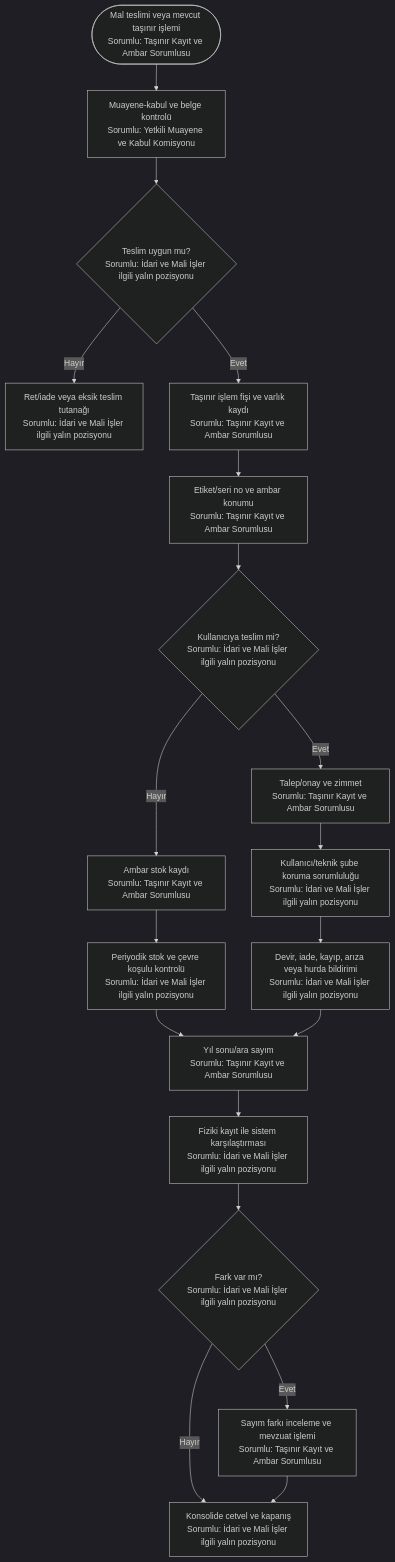
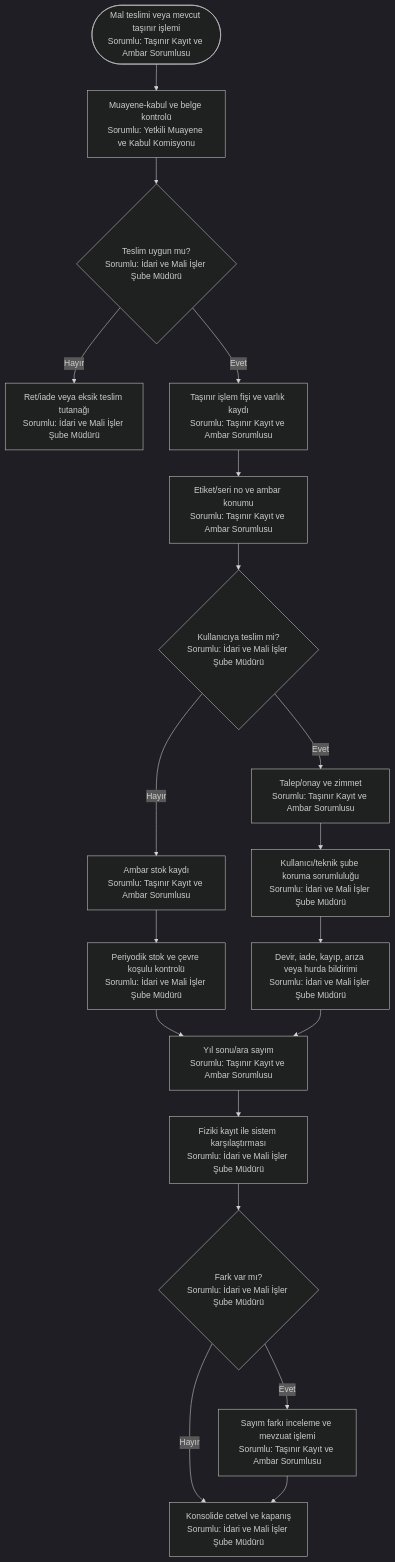
One commit to merdaergen-create/Ulasim_Dairesi_Is_Analizi changed the fifth of 6 diagrams in 11_yalin_surec_haritalari_sorumlulari_belirtilmis/idari_isler/README.md. Above: the diagram before and after it, drawn with Mermaid (dark theme). The commit also changed other lines of this file and 9 other files, not shown here.

Commit message:
Yalın süreç haritalarını koruyarak kesin sorumlu pozisyonları ekle

````diff
--- a/11_yalin_surec_haritalari_sorumlulari_belirtilmis/idari_isler/README.md
+++ b/11_yalin_surec_haritalari_sorumlulari_belirtilmis/idari_isler/README.md
@@ -147,21 +147,21 @@
 ```mermaid
 flowchart TD
     A([Mal teslimi veya mevcut taşınır işlemi<br/>Sorumlu: Taşınır Kayıt ve Ambar Sorumlusu]) --> B[Muayene-kabul ve belge kontrolü<br/>Sorumlu: Yetkili Muayene ve Kabul Komisyonu]
-    B --> C{Teslim uygun mu?<br/>Sorumlu: İdari ve Mali İşler ilgili yalın pozisyonu}
-    C -- Hayır --> D[Ret/iade veya eksik teslim tutanağı<br/>Sorumlu: İdari ve Mali İşler ilgili yalın pozisyonu]
+    B --> C{Teslim uygun mu?<br/>Sorumlu: İdari ve Mali İşler Şube Müdürü}
+    C -- Hayır --> D[Ret/iade veya eksik teslim tutanağı<br/>Sorumlu: İdari ve Mali İşler Şube Müdürü]
     C -- Evet --> E[Taşınır işlem fişi ve varlık kaydı<br/>Sorumlu: Taşınır Kayıt ve Ambar Sorumlusu]
     E --> F[Etiket/seri no ve ambar konumu<br/>Sorumlu: Taşınır Kayıt ve Ambar Sorumlusu]
-    F --> G{Kullanıcıya teslim mi?<br/>Sorumlu: İdari ve Mali İşler ilgili yalın pozisyonu}
+    F --> G{Kullanıcıya teslim mi?<br/>Sorumlu: İdari ve Mali İşler Şube Müdürü}
     G -- Evet --> H[Talep/onay ve zimmet<br/>Sorumlu: Taşınır Kayıt ve Ambar Sorumlusu]
     G -- Hayır --> I[Ambar stok kaydı<br/>Sorumlu: Taşınır Kayıt ve Ambar Sorumlusu]
-    H --> J[Kullanıcı/teknik şube koruma sorumluluğu<br/>Sorumlu: İdari ve Mali İşler ilgili yalın pozisyonu]
-    I --> K[Periyodik stok ve çevre koşulu kontrolü<br/>Sorumlu: İdari ve Mali İşler ilgili yalın pozisyonu]
-    J --> L[Devir, iade, kayıp, arıza veya hurda bildirimi<br/>Sorumlu: İdari ve Mali İşler ilgili yalın pozisyonu]
+    H --> J[Kullanıcı/teknik şube koruma sorumluluğu<br/>Sorumlu: İdari ve Mali İşler Şube Müdürü]
+    I --> K[Periyodik stok ve çevre koşulu kontrolü<br/>Sorumlu: İdari ve Mali İşler Şube Müdürü]
+    J --> L[Devir, iade, kayıp, arıza veya hurda bildirimi<br/>Sorumlu: İdari ve Mali İşler Şube Müdürü]
     K --> M[Yıl sonu/ara sayım<br/>Sorumlu: Taşınır Kayıt ve Ambar Sorumlusu]
     L --> M
-    M --> N[Fiziki kayıt ile sistem karşılaştırması<br/>Sorumlu: İdari ve Mali İşler ilgili yalın pozisyonu]
-    N --> O{Fark var mı?<br/>Sorumlu: İdari ve Mali İşler ilgili yalın pozisyonu}
+    M --> N[Fiziki kayıt ile sistem karşılaştırması<br/>Sorumlu: İdari ve Mali İşler Şube Müdürü]
+    N --> O{Fark var mı?<br/>Sorumlu: İdari ve Mali İşler Şube Müdürü}
     O -- Evet --> P[Sayım farkı inceleme ve mevzuat işlemi<br/>Sorumlu: Taşınır Kayıt ve Ambar Sorumlusu]
-    O -- Hayır --> Q[Konsolide cetvel ve kapanış<br/>Sorumlu: İdari ve Mali İşler ilgili yalın pozisyonu]
+    O -- Hayır --> Q[Konsolide cetvel ve kapanış<br/>Sorumlu: İdari ve Mali İşler Şube Müdürü]
     P --> Q
 ```
````
